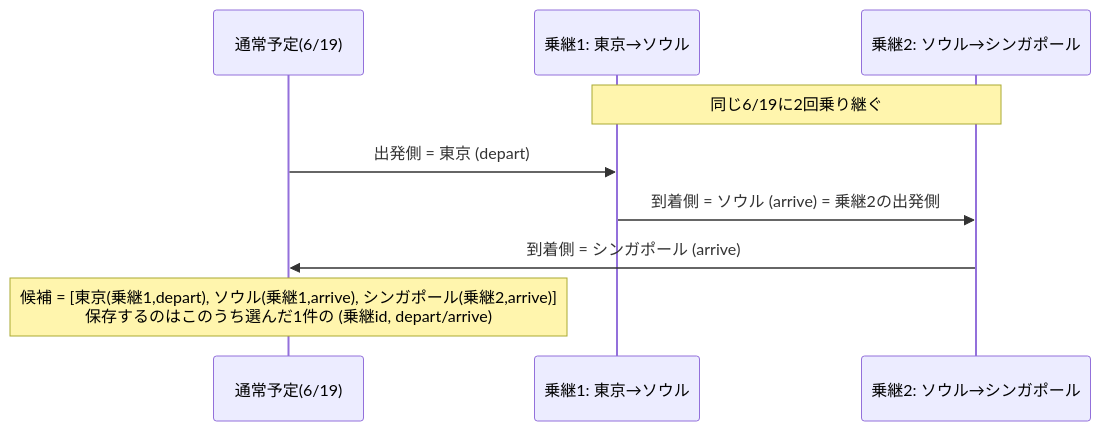
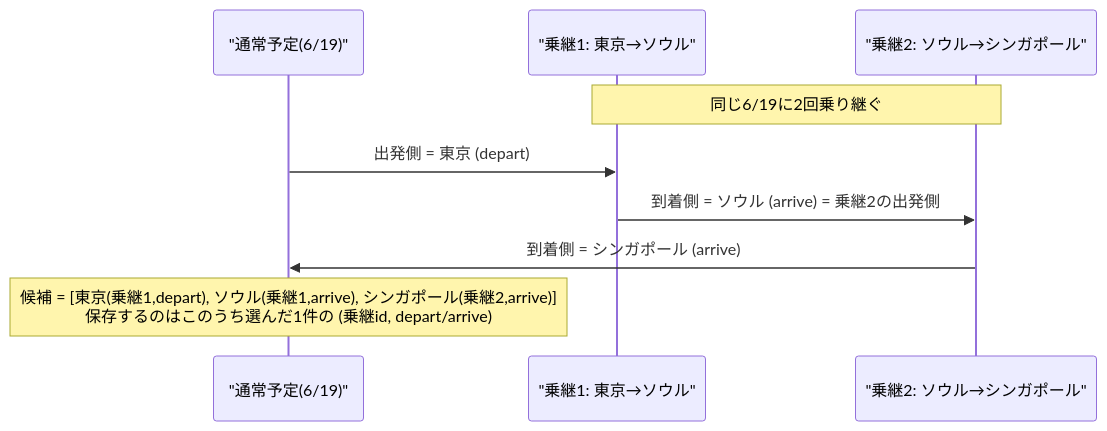
The third of 5 diagrams in docs/design/timezone.md (shidetake/triplot), drawn with Mermaid before and after one commit. The commit also changed other lines of this file, not shown here.

First line of the commit message:
timezone.md: mermaid構文エラーを修正

````diff
--- a/docs/design/timezone.md
+++ b/docs/design/timezone.md
@@ -63,14 +63,14 @@
 ```mermaid
 sequenceDiagram
-    participant 予定 as 通常予定(6/19)
-    participant 乗継1 as 乗継1: 東京→ソウル
-    participant 乗継2 as 乗継2: ソウル→シンガポール
+    participant 予定 as "通常予定(6/19)"
+    participant 乗継1 as "乗継1: 東京→ソウル"
+    participant 乗継2 as "乗継2: ソウル→シンガポール"
 
     Note over 乗継1,乗継2: 同じ6/19に2回乗り継ぐ
 
     予定->>乗継1: 出発側 = 東京 (depart)
     乗継1->>乗継2: 到着側 = ソウル (arrive) = 乗継2の出発側
     乗継2->>予定: 到着側 = シンガポール (arrive)
 
     Note over 予定: 候補 = [東京(乗継1,depart), ソウル(乗継1,arrive), シンガポール(乗継2,arrive)]<br/>保存するのはこのうち選んだ1件の (乗継id, depart/arrive)
 ```
````
